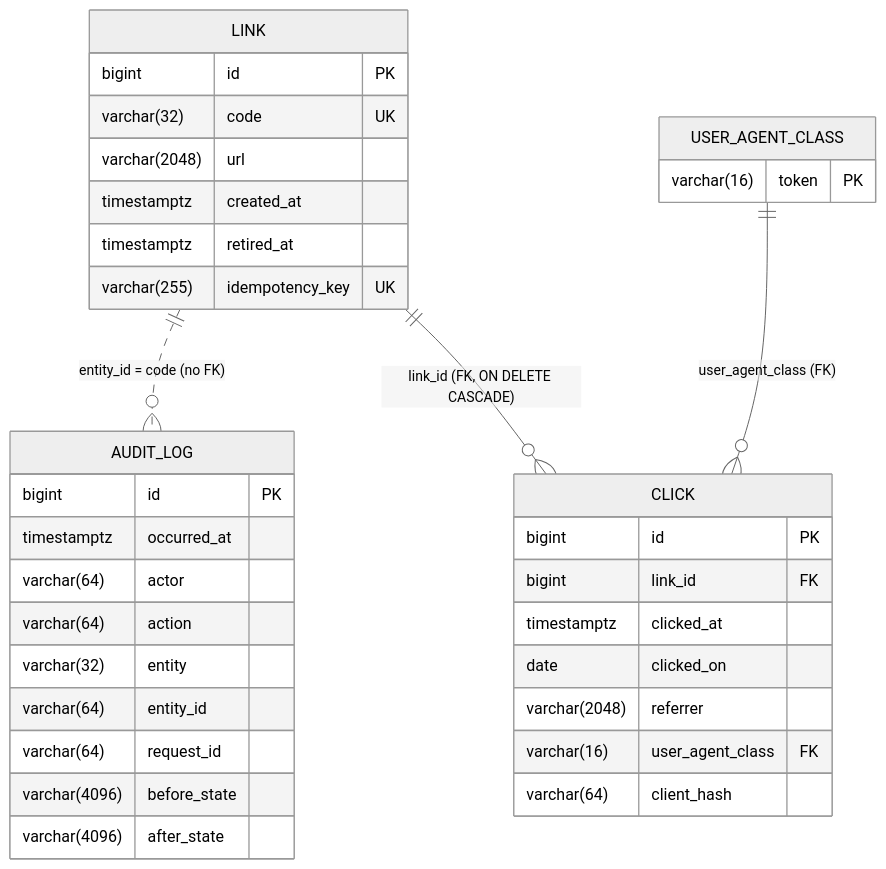
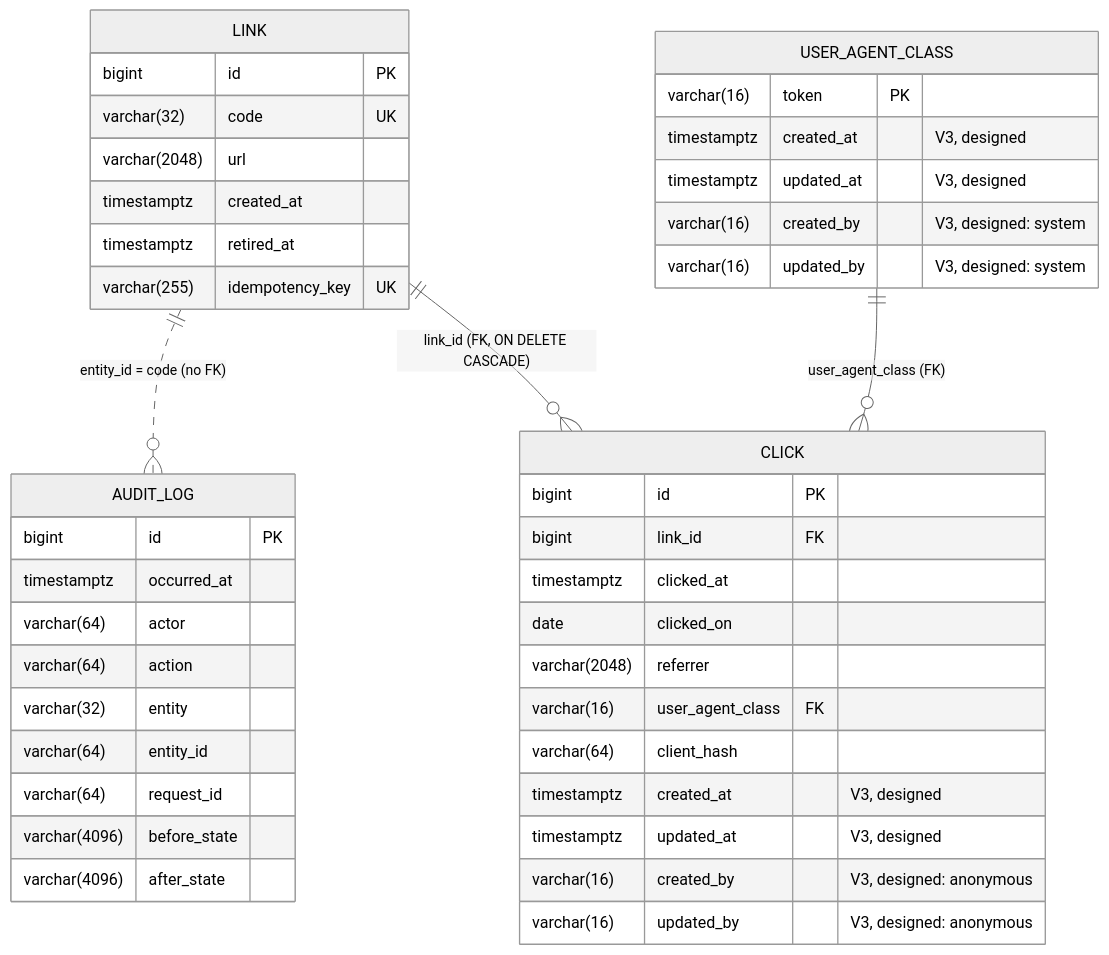
One commit to aurbanow1/url-shortener-agentic-sdlc changed the second of 2 diagrams in docs/DESIGN.md. Above: the diagram before and after it, drawn with Mermaid (neutral theme). The commit also changed other lines of this file and 8 other files, not shown here.

````diff
--- a/docs/DESIGN.md
+++ b/docs/DESIGN.md
@@ -440,37 +441,45 @@
 ```mermaid
 erDiagram
     LINK {
         bigint id PK
         varchar(32) code UK
         varchar(2048) url
         timestamptz created_at
         timestamptz retired_at
         varchar(255) idempotency_key UK
     }
     AUDIT_LOG {
         bigint id PK
         timestamptz occurred_at
         varchar(64) actor
         varchar(64) action
         varchar(32) entity
         varchar(64) entity_id
         varchar(64) request_id
         varchar(4096) before_state
         varchar(4096) after_state
     }
     CLICK {
         bigint id PK
         bigint link_id FK
         timestamptz clicked_at
         date clicked_on
         varchar(2048) referrer
         varchar(16) user_agent_class FK
         varchar(64) client_hash
+        timestamptz created_at "V3, designed"
+        timestamptz updated_at "V3, designed"
+        varchar(16) created_by "V3, designed: anonymous"
+        varchar(16) updated_by "V3, designed: anonymous"
     }
     USER_AGENT_CLASS {
         varchar(16) token PK
+        timestamptz created_at "V3, designed"
+        timestamptz updated_at "V3, designed"
+        varchar(16) created_by "V3, designed: system"
+        varchar(16) updated_by "V3, designed: system"
     }
     LINK ||..o{ AUDIT_LOG : "entity_id = code (no FK)"
     LINK ||--o{ CLICK : "link_id (FK, ON DELETE CASCADE)"
     USER_AGENT_CLASS ||--o{ CLICK : "user_agent_class (FK)"
 ```
````
